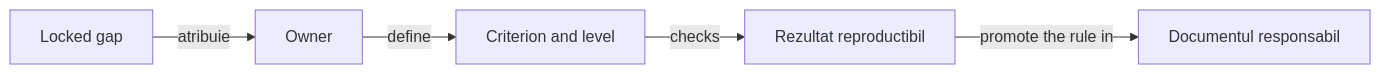
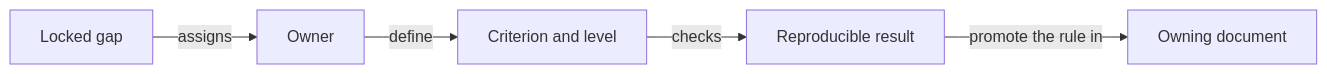
One commit to crististefanita/atf_j4 changed the diagram in docs/feedback/README.md. Above: the diagram before and after it, drawn with Mermaid. The commit also changed other lines of this file and 126 other files, not shown here.

````diff
--- a/docs/feedback/README.md
+++ b/docs/feedback/README.md
@@ -47,7 +47,7 @@
 ```mermaid
 flowchart LR
-    ISSUE[Locked gap] -->|atribuie| OWNER[Owner]
+    ISSUE[Locked gap] -->|assigns| OWNER[Owner]
     OWNER -->|define| CRITERION[Criterion and level]
-    CRITERION -->|checks| CHECK[Rezultat reproductibil]
-    CHECK -->|promote the rule in| CONTRACT[Documentul responsabil]
+    CRITERION -->|checks| CHECK[Reproducible result]
+    CHECK -->|promote the rule in| CONTRACT[Owning document]
 ```
````
